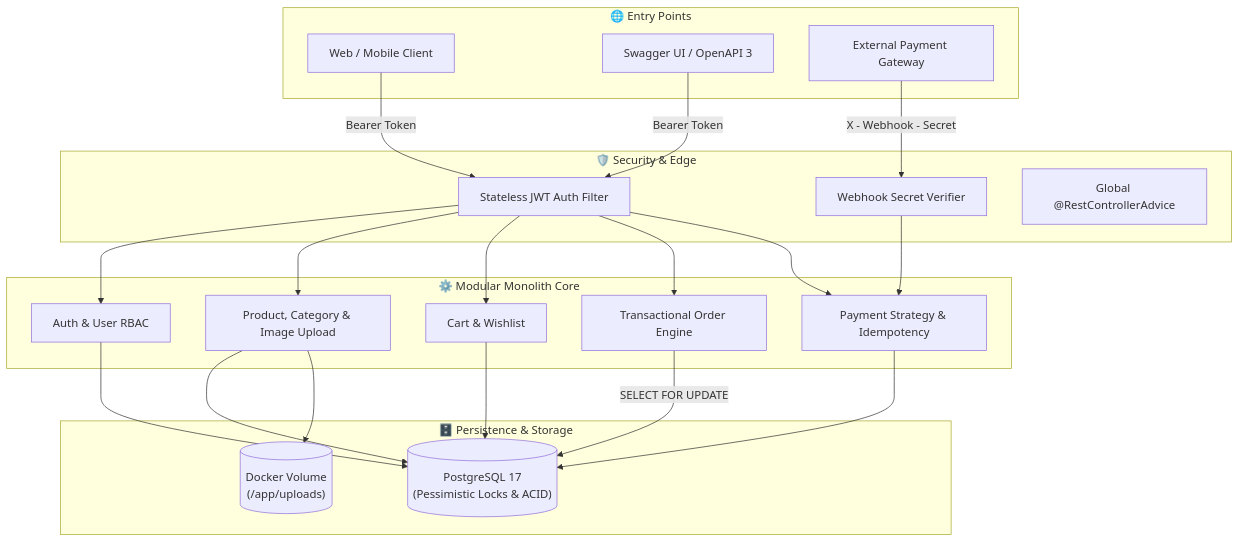
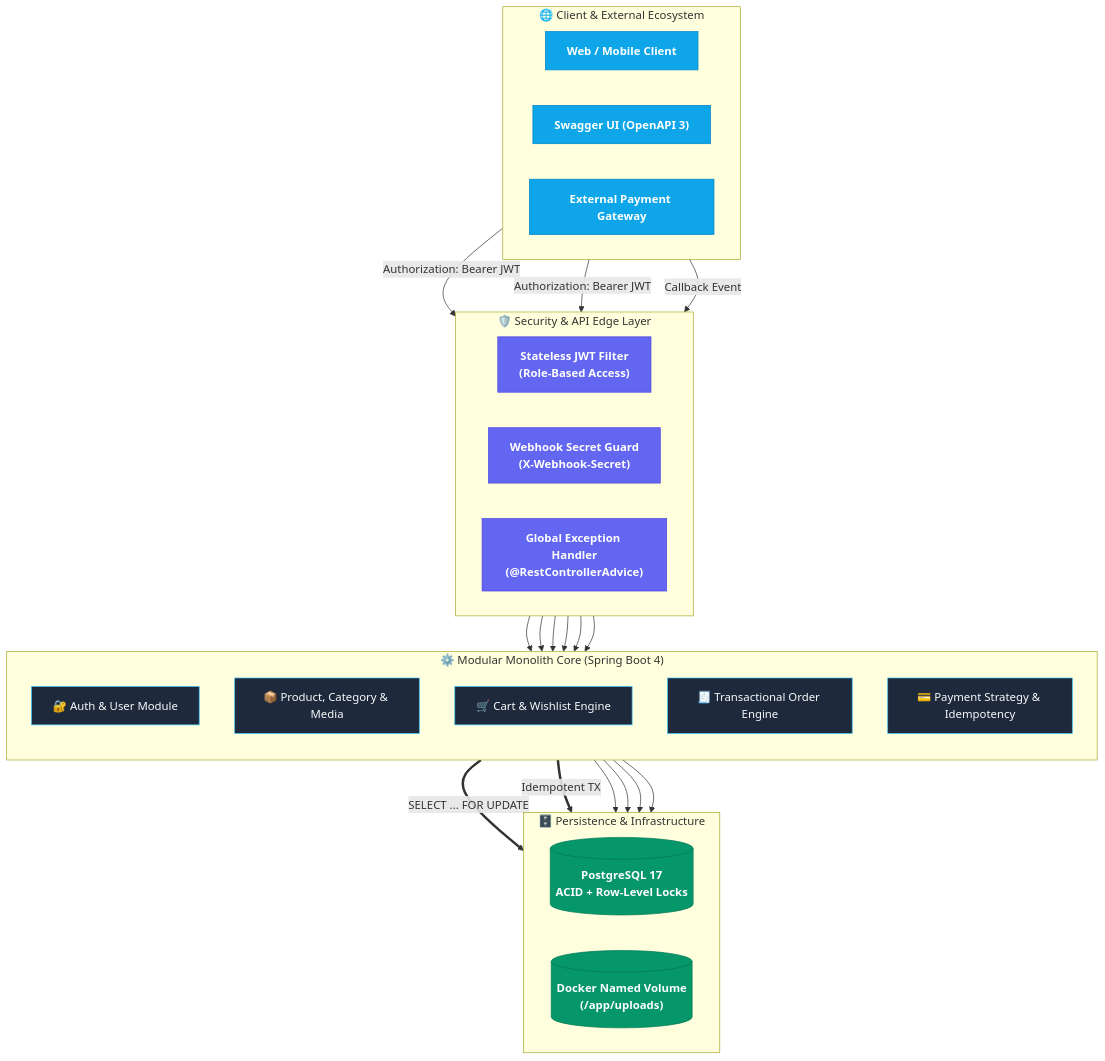
The first of 3 diagrams in README.md (AK-Elshamy/cartify-ecommerce-backend), drawn with Mermaid before and after one commit. The commit also changed other lines of this file, not shown here.

````diff
--- a/README.md
+++ b/README.md
@@ -46,36 +65,45 @@
 ```mermaid
 flowchart TB
-    subgraph ClientLayer ["🌐 Entry Points"]
-        Client["Web / Mobile Client"]
-        Swagger["Swagger UI / OpenAPI 3"]
-        Gateway["External Payment Gateway"]
+    classDef client fill: #0EA5E9, stroke: #0284C7, color: #FFFFFF, font-weight: bold
+    classDef edge fill: #6366F1, stroke: #4F46E5, color: #FFFFFF, font-weight: bold
+    classDef module fill: #1E293B, stroke: #38BDF8, color: #F8FAFC
+    classDef storage fill: #059669, stroke: #047857, color: #FFFFFF, font-weight: bold
+
+    subgraph Clients ["🌐 Client & External Ecosystem"]
+        direction LR
+        WebApp["Web / Mobile Client"]:::client
+        SwaggerUI["Swagger UI (OpenAPI 3)"]:::client
+        PayGateway["External Payment Gateway"]:::client
     end
 
-    subgraph SecurityLayer ["🛡️ Security & Edge"]
-        JWTFilter["Stateless JWT Auth Filter"]
-        WebhookGuard["Webhook Secret Verifier"]
-        GlobalEx["Global @RestControllerAdvice"]
+    subgraph SecurityEdge ["🛡️ Security & API Edge Layer"]
+        direction LR
+        JwtFilter["Stateless JWT Filter\n(Role-Based Access)"]:::edge
+        WebhookAuth["Webhook Secret Guard\n(X-Webhook-Secret)"]:::edge
+        Advice["Global Exception Handler\n(@RestControllerAdvice)"]:::edge
     end
 
-    subgraph CoreModules ["⚙️ Modular Monolith Core"]
-        AuthMod["Auth & User RBAC"]
-        CatalogMod["Product, Category & Image Upload"]
-        CartMod["Cart & Wishlist"]
-        OrderMod["Transactional Order Engine"]
-        PayMod["Payment Strategy & Idempotency"]
+    subgraph CoreDomain ["⚙️ Modular Monolith Core (Spring Boot 4)"]
+        direction TB
+        Auth["🔐 Auth & User Module"]:::module
+        Catalog["📦 Product, Category & Media"]:::module
+        CartWish["🛒 Cart & Wishlist Engine"]:::module
+        OrderEng["🧾 Transactional Order Engine"]:::module
+        PayStrat["💳 Payment Strategy & Idempotency"]:::module
     end
 
-    subgraph DataLayer ["🗄️ Persistence & Storage"]
-        Postgres[("PostgreSQL 17\n(Pessimistic Locks & ACID)")]
-        Volume[("Docker Volume\n(/app/uploads)")]
+    subgraph Persistence ["🗄️ Persistence & Infrastructure"]
+        direction LR
+        Postgres[("PostgreSQL 17\nACID + Row-Level Locks")]:::storage
+        Uploads[("Docker Named Volume\n(/app/uploads)")]:::storage
     end
 
-    Client & Swagger -->|Bearer Token| JWTFilter
-    Gateway -->|X - Webhook - Secret| WebhookGuard
-    JWTFilter --> AuthMod & CatalogMod & CartMod & OrderMod & PayMod
-    WebhookGuard --> PayMod
-    OrderMod -->|SELECT FOR UPDATE| Postgres
-    PayMod --> Postgres
-    AuthMod & CatalogMod & CartMod --> Postgres
-    CatalogMod --> Volume
+    WebApp & SwaggerUI -->|Authorization: Bearer JWT| JwtFilter
+    PayGateway -->|Callback Event| WebhookAuth
+    JwtFilter --> Auth & Catalog & CartWish & OrderEng & PayStrat
+    WebhookAuth --> PayStrat
+    OrderEng ==>|" SELECT ... FOR UPDATE "| Postgres
+    PayStrat ==>|Idempotent TX| Postgres
+    Auth & Catalog & CartWish --> Postgres
+    Catalog --> Uploads
 ```
````
